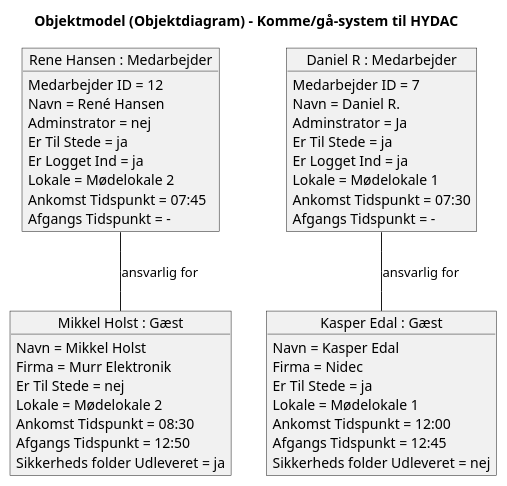
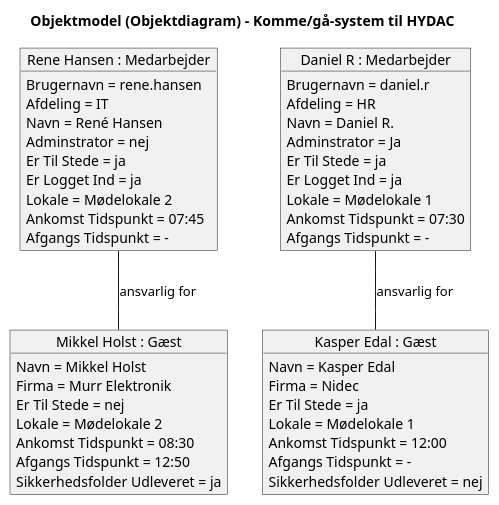
Before and after one commit to albla20/HydacTeamA4: the diagram in Artifacts/Objektmodel.puml, drawn with PlantUML. The commit also changed 6 other files, not shown here.

```diff
--- a/Artifacts/Objektmodel.puml
+++ b/Artifacts/Objektmodel.puml
@@ -2,50 +2,52 @@
 @startuml Objektmodel
 title Objektmodel (Objektdiagram) - Komme/gå-system til HYDAC
 skinparam objectAttributeIconSize 0
 
 object "Rene Hansen : Medarbejder" as reneHansen {
-  Medarbejder ID = 12
+  Brugernavn = rene.hansen
+  Afdeling = IT
   Navn = René Hansen
   Adminstrator = nej
   Er Til Stede = ja
   Er Logget Ind = ja
   Lokale = Mødelokale 2
   Ankomst Tidspunkt = 07:45
   Afgangs Tidspunkt = -
 }
 
 object "Daniel R : Medarbejder" as danielR {
-  Medarbejder ID = 7
+  Brugernavn = daniel.r
+  Afdeling = HR
   Navn = Daniel R.
   Adminstrator = Ja
   Er Til Stede = ja
   Er Logget Ind = ja
   Lokale = Mødelokale 1
   Ankomst Tidspunkt = 07:30
   Afgangs Tidspunkt = -
 }
 
 object "Mikkel Holst : Gæst" as mikkelHolst {
   Navn = Mikkel Holst
   Firma = Murr Elektronik
   Er Til Stede = nej
   Lokale = Mødelokale 2
   Ankomst Tidspunkt = 08:30
   Afgangs Tidspunkt = 12:50
-  Sikkerheds folder Udleveret = ja
+  Sikkerhedsfolder Udleveret = ja
 }
 
 object "Kasper Edal : Gæst" as kasperEdal {
   Navn = Kasper Edal
   Firma = Nidec
   Er Til Stede = ja
   Lokale = Mødelokale 1
   Ankomst Tidspunkt = 12:00
-  Afgangs Tidspunkt = 12:45
-  Sikkerheds folder Udleveret = nej
+  Afgangs Tidspunkt = -
+  Sikkerhedsfolder Udleveret = nej
 }
 
 reneHansen -- mikkelHolst : ansvarlig for
 danielR -- kasperEdal : ansvarlig for
 
 @enduml
```
